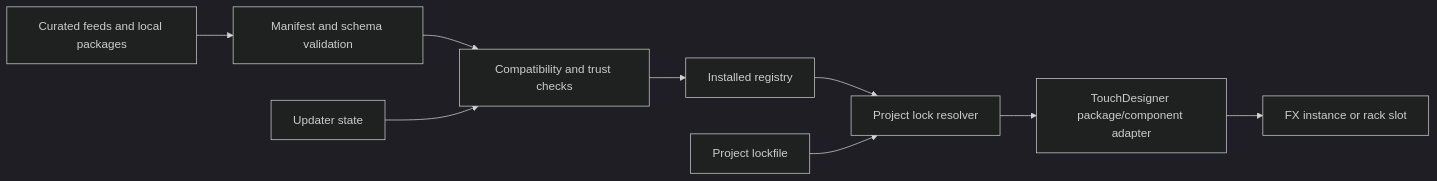
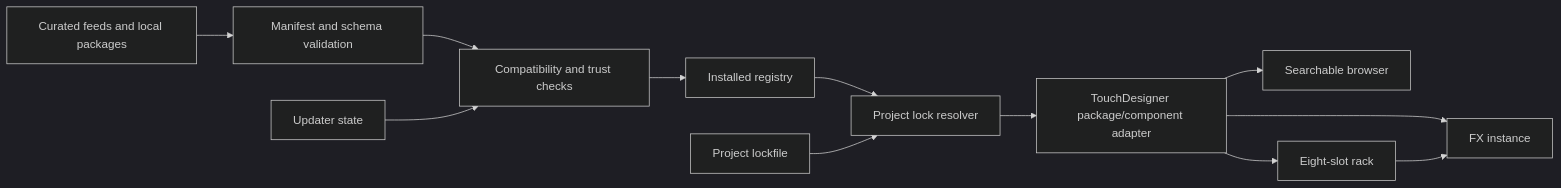
Before and after one commit to wenjunii/td-imagefx-library: the diagram in docs/architecture.md, drawn with Mermaid (dark theme). The commit also changed other lines of this file and 326 other files, not shown here.

````diff
--- a/docs/architecture.md
+++ b/docs/architecture.md
@@ -17,11 +17,14 @@
 ```mermaid
 flowchart LR
     A["Curated feeds and local packages"] --> B["Manifest and schema validation"]
     B --> C["Compatibility and trust checks"]
     C --> D["Installed registry"]
     D --> E["Project lock resolver"]
     E --> F["TouchDesigner package/component adapter"]
-    F --> G["FX instance or rack slot"]
+    F --> G["FX instance"]
+    F --> J["Searchable browser"]
+    F --> K["Eight-slot rack"]
+    K --> G
     H["Updater state"] --> C
     I["Project lockfile"] --> E
 ```
````
